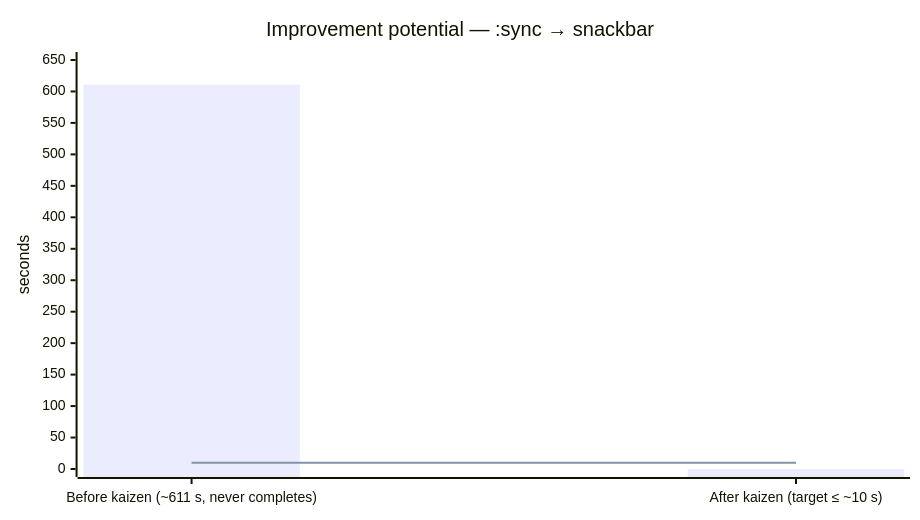
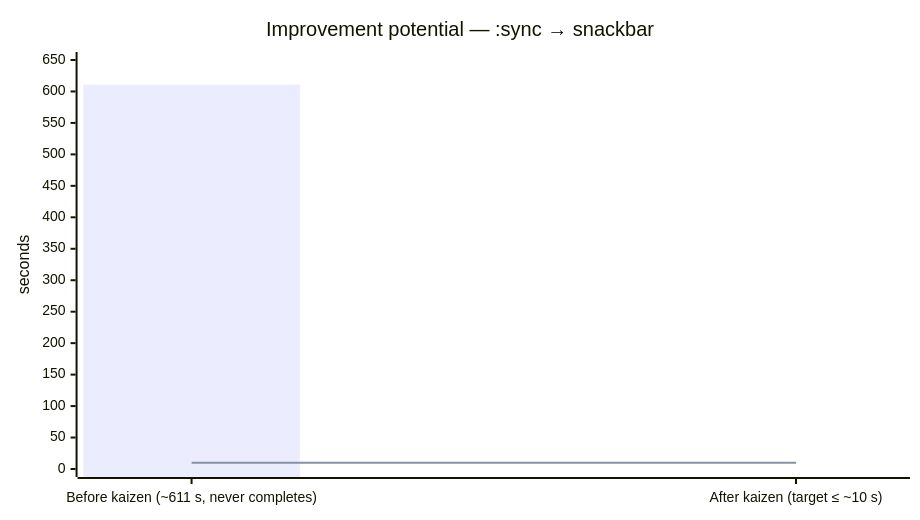
The diagram in docs/kaizen/real-repo-sync.md (typoena/typewriter), drawn with Mermaid before and after one commit. The commit also changed other lines of this file, not shown here.

Commit message:
chore: remove bar

````diff
--- a/docs/kaizen/real-repo-sync.md
+++ b/docs/kaizen/real-repo-sync.md
@@ -22,14 +22,14 @@
 ```mermaid
 ---
 config:
   xyChart:
     width: 900
     height: 500
 ---
 xychart-beta
     title "Improvement potential — :sync → snackbar"
     x-axis ["Before kaizen (~611 s, never completes)", "After kaizen (target ≤ ~10 s)"]
     y-axis "seconds" 0 --> 650
-    bar [611, 0]
+    bar [611]
     line [10, 10]
 ```
````
